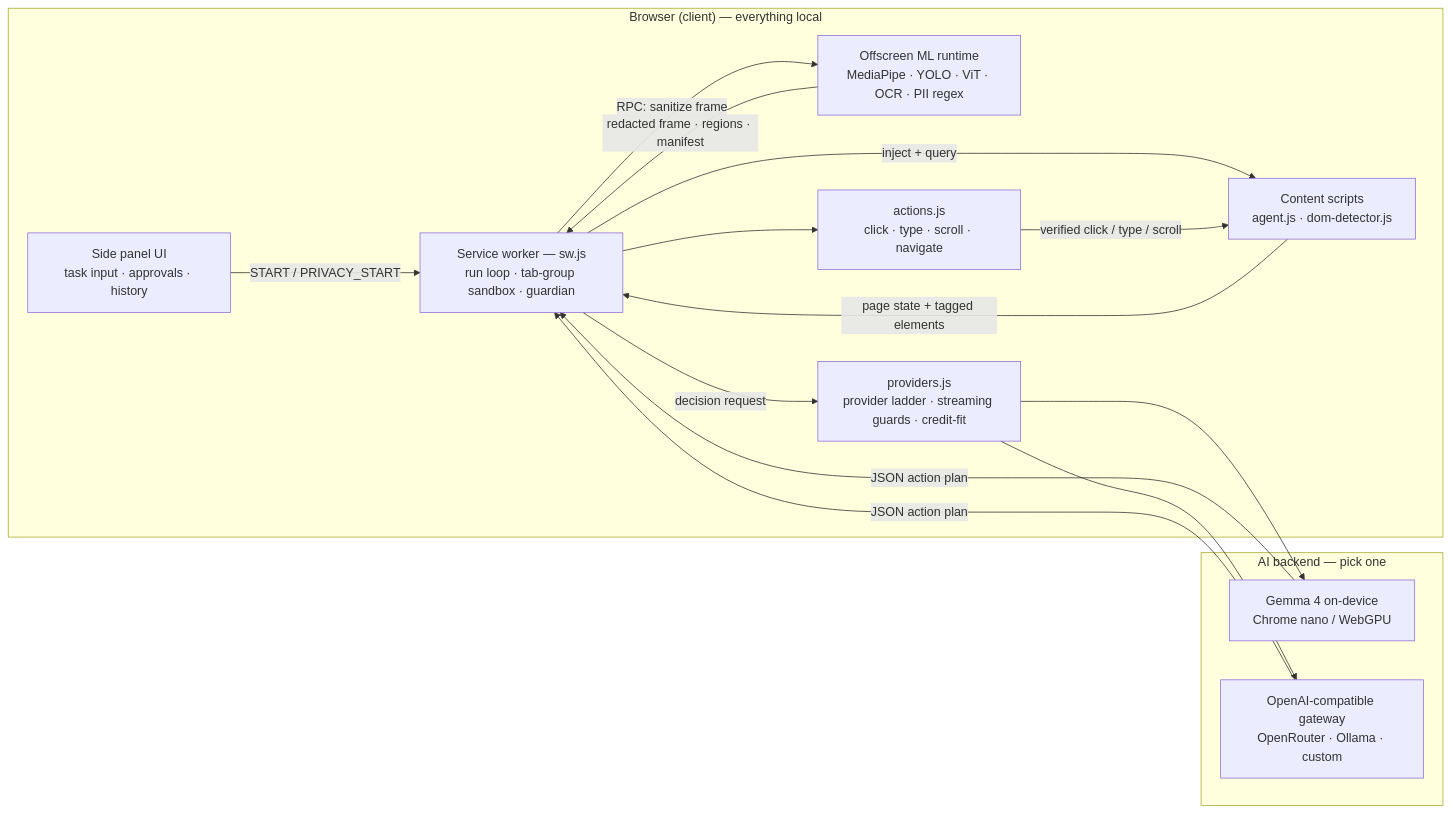
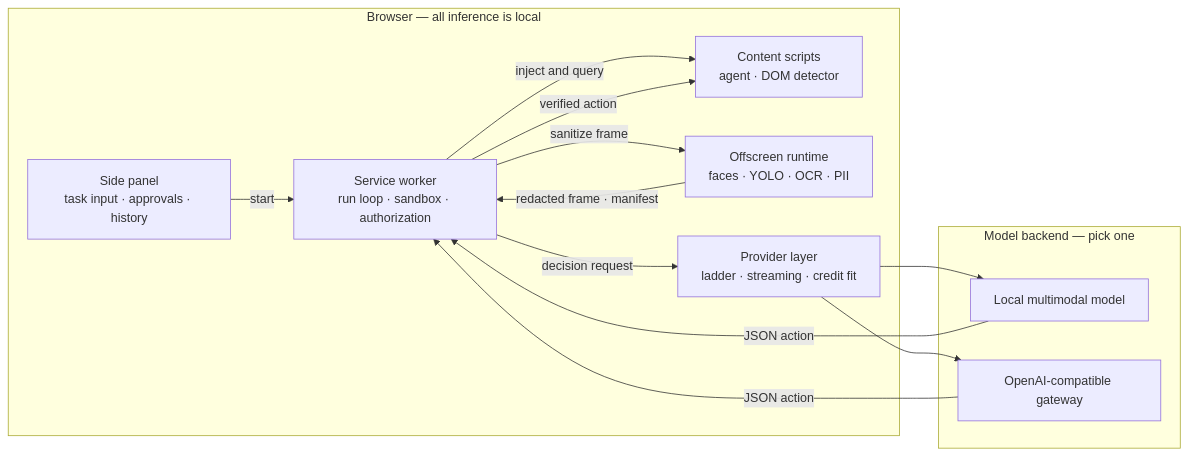
Before and after one commit to princechouhan19/OpenCometAI: the first of 2 diagrams in README.md, drawn with Mermaid. The commit also changed other lines of this file and 77 other files, not shown here.

First line of the commit message:
v1.32.0: CI/CD workflows, reachable goal contracts, provider-ladder fixes, error taxonomy & loop reflection

````diff
--- a/README.md
+++ b/README.md
@@ -54,27 +111,24 @@
 ```mermaid
 flowchart LR
-  subgraph browser["Browser (client) — everything local"]
-    UI["Side panel UI<br/>task input · approvals · history"]
-    SW["Service worker — sw.js<br/>run loop · tab-group sandbox · guardian"]
-    CS["Content scripts<br/>agent.js · dom-detector.js"]
-    ML["Offscreen ML runtime<br/>MediaPipe · YOLO · ViT · OCR · PII regex"]
-    PROV["providers.js<br/>provider ladder · streaming guards · credit-fit"]
-    ACT["actions.js<br/>click · type · scroll · navigate"]
+  subgraph browser["Browser — all inference is local"]
+    UI["Side panel<br/>task input · approvals · history"]
+    SW["Service worker<br/>run loop · sandbox · authorization"]
+    CS["Content scripts<br/>agent · DOM detector"]
+    ML["Offscreen runtime<br/>faces · YOLO · OCR · PII"]
+    PROV["Provider layer<br/>ladder · streaming · credit fit"]
   end
-  subgraph brain["AI backend — pick one"]
-    LOCAL["Gemma 4 on-device<br/>Chrome nano / WebGPU"]
-    GATEWAY["OpenAI-compatible gateway<br/>OpenRouter · Ollama · custom"]
+  subgraph brain["Model backend — pick one"]
+    LOCAL["Local multimodal model"]
+    GATEWAY["OpenAI-compatible gateway"]
   end
-  UI -->|"START / PRIVACY_START"| SW
-  SW -->|"inject + query"| CS
-  CS -->|"page state + tagged elements"| SW
-  SW -->|"RPC: sanitize frame"| ML
-  ML -->|"redacted frame · regions · manifest"| SW
+  UI -->|"start"| SW
+  SW -->|"inject and query"| CS
+  SW -->|"sanitize frame"| ML
+  ML -->|"redacted frame · manifest"| SW
   SW -->|"decision request"| PROV
   PROV --> LOCAL
   PROV --> GATEWAY
-  GATEWAY -->|"JSON action plan"| SW
-  LOCAL -->|"JSON action plan"| SW
-  SW --> ACT
-  ACT -->|"verified click / type / scroll"| CS
+  LOCAL -->|"JSON action"| SW
+  GATEWAY -->|"JSON action"| SW
+  SW -->|"verified action"| CS
 ```
````
